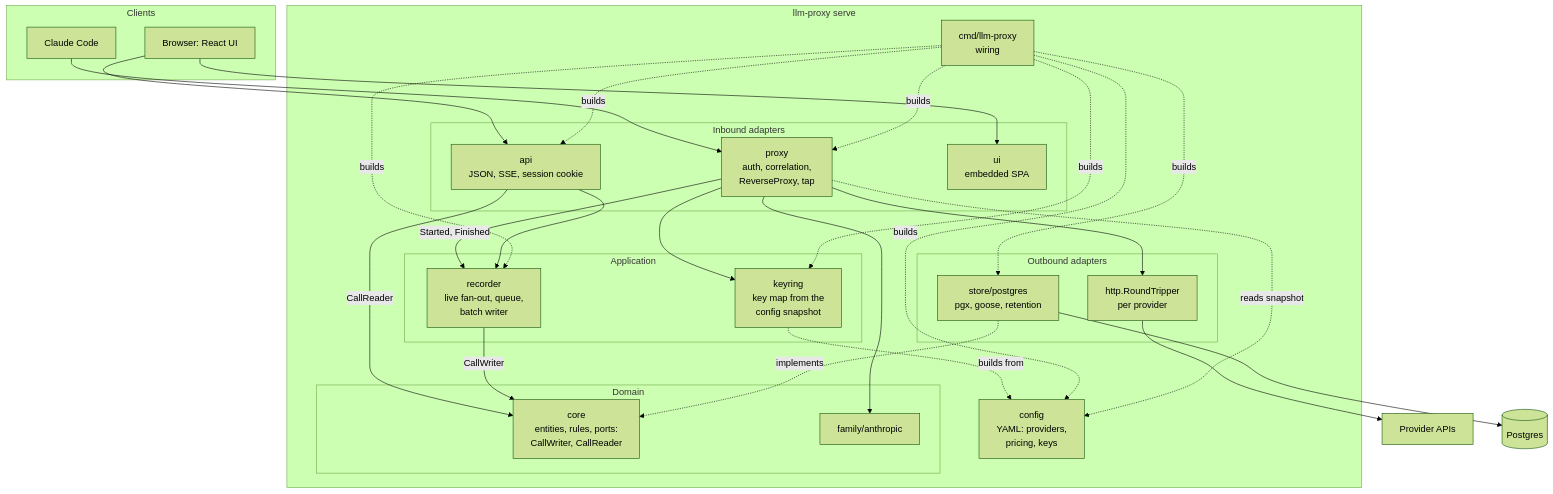
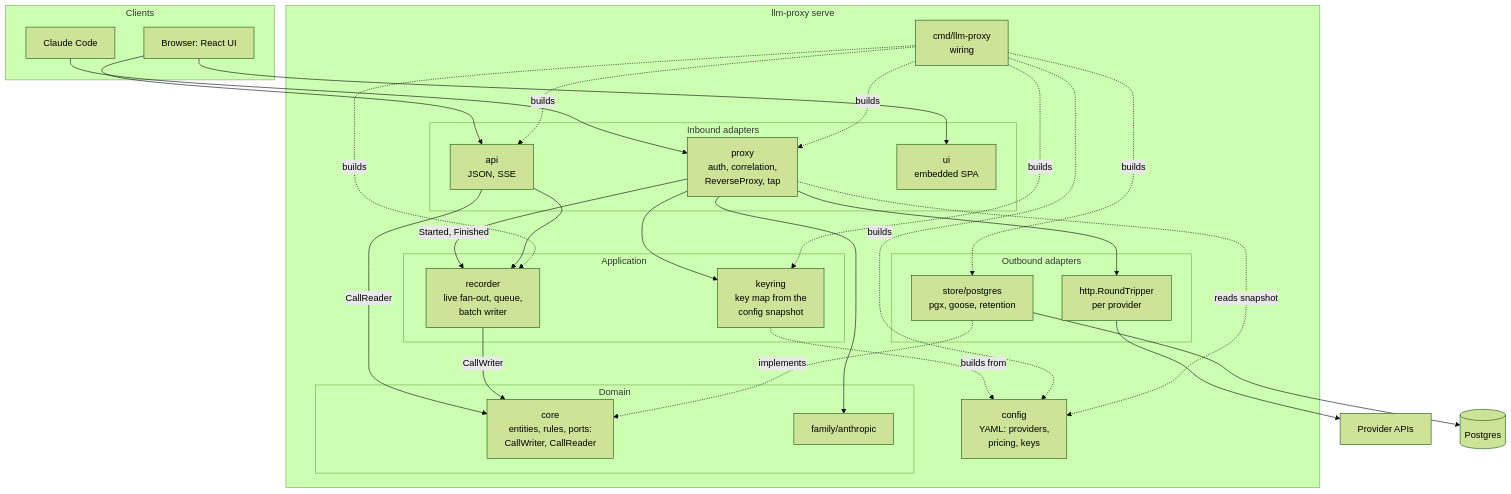
Before and after one commit to mtanzi/llm-proxy: the first of 3 diagrams in docs/architecture/backend.md, drawn with Mermaid (forest theme). The commit also changed other lines of this file and 4 other files, not shown here.

````diff
--- a/docs/architecture/backend.md
+++ b/docs/architecture/backend.md
@@ -28,48 +30,48 @@
 ```mermaid
 flowchart TB
     subgraph clients[Clients]
         cc[Claude Code]
         br[Browser: React UI]
     end
 
     subgraph bin[llm-proxy serve]
         subgraph inbound[Inbound adapters]
             proxy["proxy<br/>auth, correlation,<br/>ReverseProxy, tap"]
-            api["api<br/>JSON, SSE, session cookie"]
+            api["api<br/>JSON, SSE"]
             ui["ui<br/>embedded SPA"]
         end
         subgraph app[Application]
             keyring["keyring<br/>key map from the<br/>config snapshot"]
             recorder["recorder<br/>live fan-out, queue,<br/>batch writer"]
         end
         subgraph domain[Domain]
             core["core<br/>entities, rules, ports:<br/>CallWriter, CallReader"]
             fam["family/anthropic"]
         end
         subgraph outbound[Outbound adapters]
             pgs["store/postgres<br/>pgx, goose, retention"]
             rt["http.RoundTripper<br/>per provider"]
         end
         cfg["config<br/>YAML: providers,<br/>pricing, keys"]
         wiring["cmd/llm-proxy<br/>wiring"]
     end
 
     up[Provider APIs]
     pg[(Postgres)]
 
     cc --> proxy
     br --> ui
     br --> api
     proxy --> keyring
     proxy --> fam
     proxy -->|Started, Finished| recorder
     proxy --> rt --> up
     api --> recorder
     api -->|CallReader| core
     recorder -->|CallWriter| core
     keyring -.builds from.-> cfg
     pgs -.implements.-> core
     pgs --> pg
     wiring -.builds.-> proxy & api & recorder & keyring & pgs & cfg
     proxy -.reads snapshot.-> cfg
 ```
````
